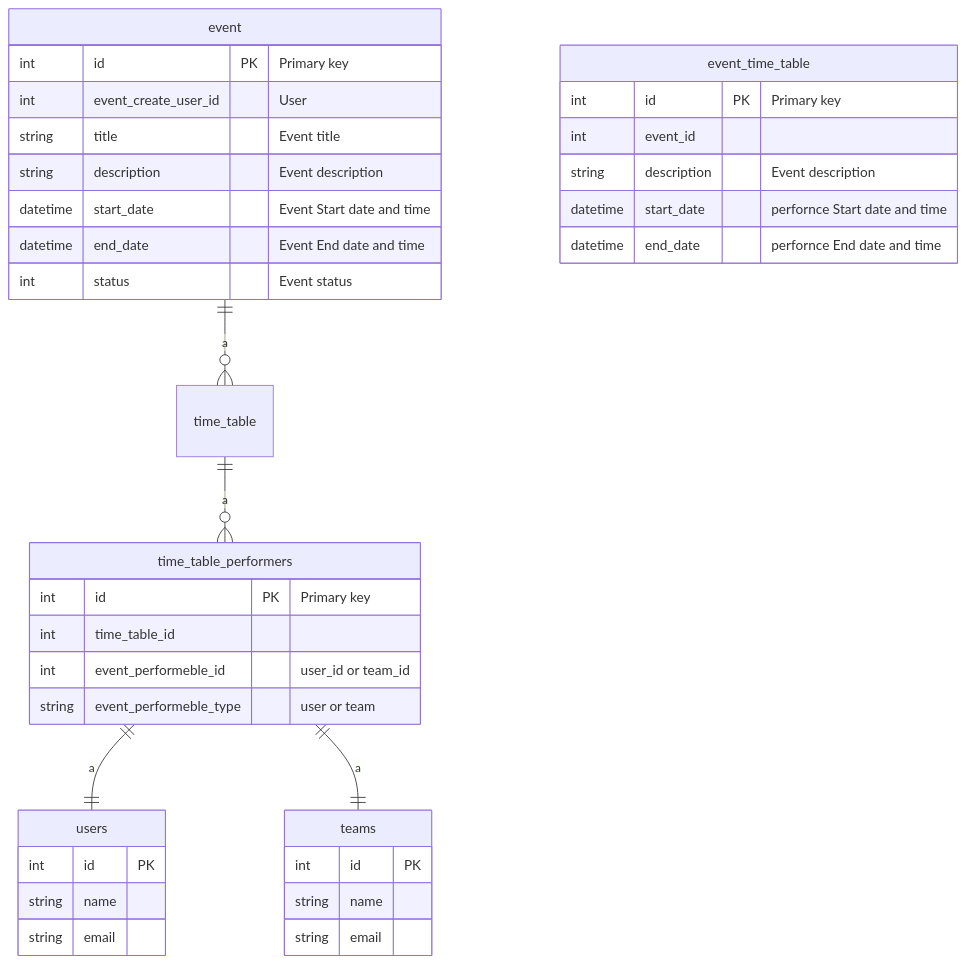
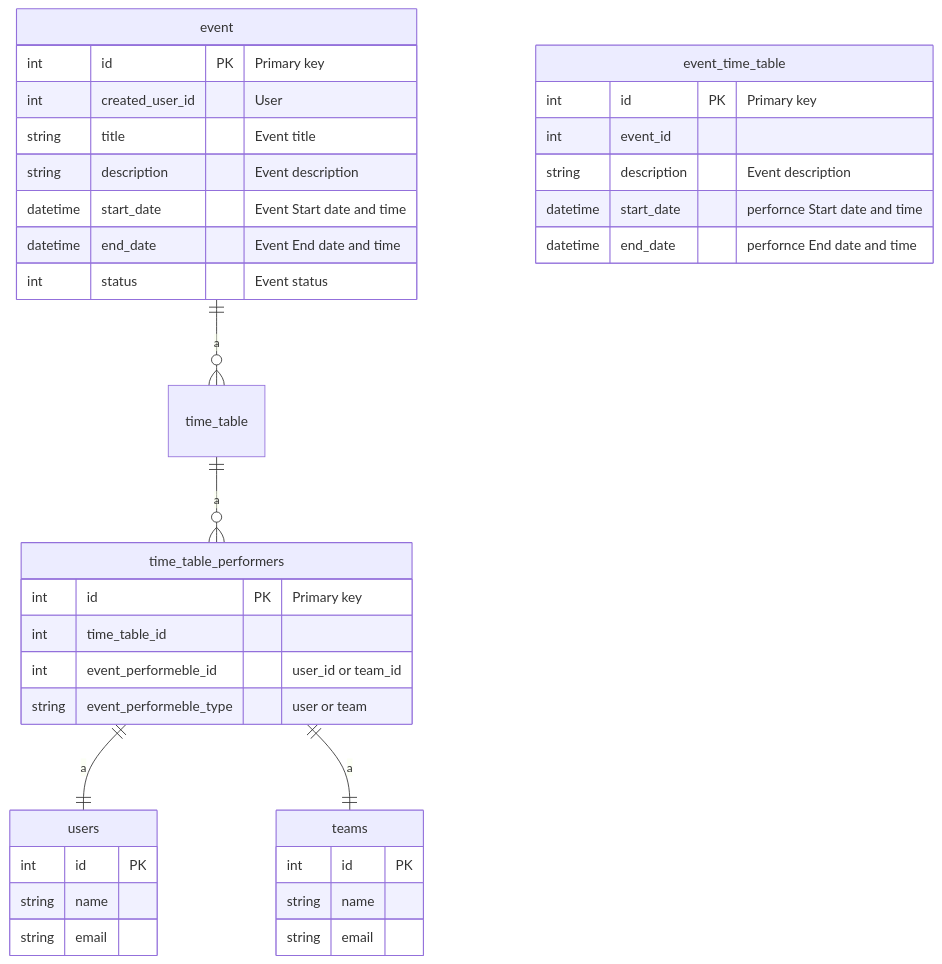
One commit to SphereStacking/HollowShelfie changed the diagram in .doc/eventとperformer(user-or-team,b2b)の関係 copy.mmd. Above: the diagram before and after it, drawn with Mermaid. The commit also changed 19 other files, not shown here.

```diff
--- a/.doc/eventとperformer(user-or-team,b2b)の関係 copy.mmd
+++ b/.doc/eventとperformer(user-or-team,b2b)の関係 copy.mmd
@@ -1,45 +1,45 @@
 erDiagram
 
 
     event ||--o{ time_table : a
     time_table ||--o{ time_table_performers : a
     time_table_performers ||--|| users : a
     time_table_performers ||--|| teams : a
 
     event {
         int id PK "Primary key"
-        int event_create_user_id "User"
+        int created_user_id "User"
         string title "Event title"
         string description "Event description"
         datetime start_date "Event Start date and time"
         datetime end_date "Event End date and time"
         int status "Event status"
     }
 
     event_time_table {
         int id PK "Primary key"
         int event_id
         string description "Event description"
         datetime start_date "perfornce Start date and time"
         datetime end_date "perfornce End date and time"
     }
 
     time_table_performers {
         int id PK "Primary key"
         int time_table_id
 
         int event_performeble_id "user_id or team_id"
         string event_performeble_type " user or team"
     }
 
     users {
         int id PK
         string name
         string email
     }
 
     teams {
         int id PK
         string name
         string email
     }
```
